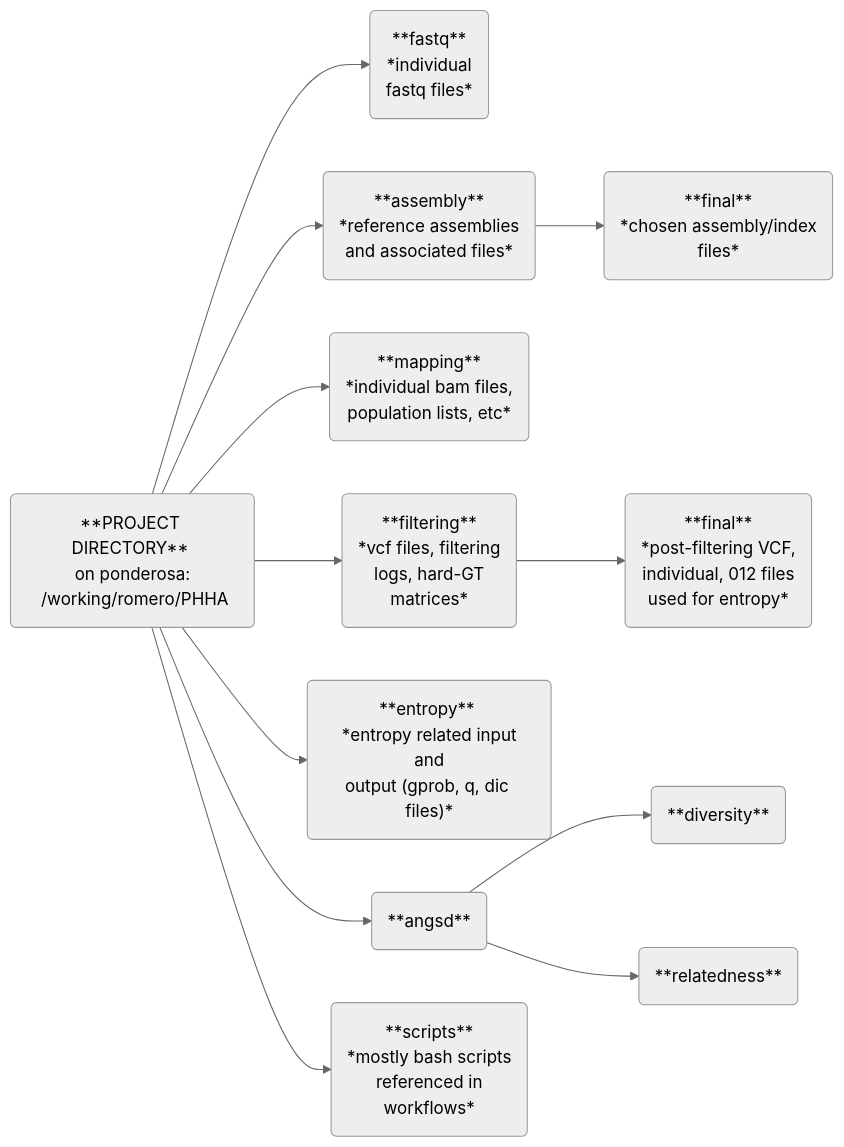
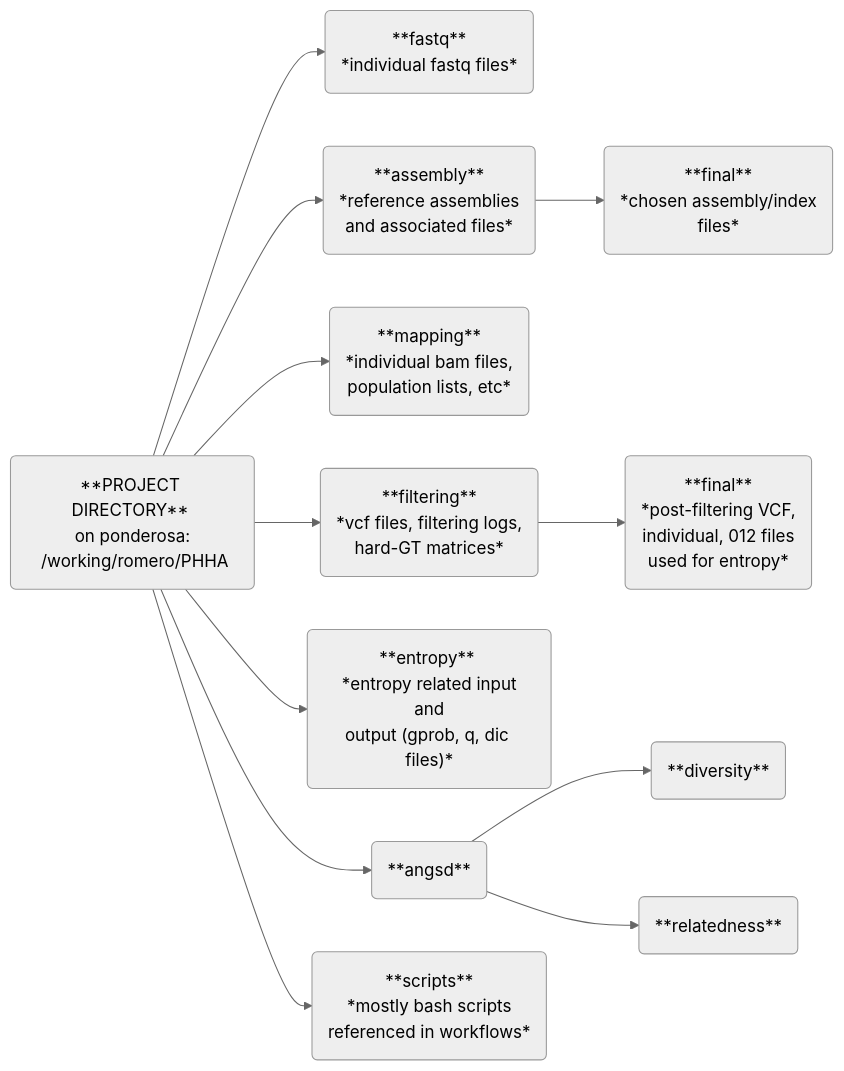
One commit to sethjromero/PHHA changed the diagram in README.md. Above: the diagram before and after it, drawn with Mermaid (neutral theme).

````diff
--- a/README.md
+++ b/README.md
@@ -9,15 +9,15 @@
 ```mermaid
 flowchart LR;
     A(**PROJECT DIRECTORY** <br> on ponderosa: <br> /working/romero/PHHA)
-    A --> B(**fastq** <br> *individual<br>fastq files*)
+    A --> B(**fastq** <br> *individual fastq files*)
     A --> C(**assembly** <br> *reference assemblies<br>and associated files*)
     A --> D(**mapping** <br> *individual bam files,<br>population lists, etc*)
-    A --> E(**filtering** <br> *vcf files, filtering<br>logs, hard-GT<br>matrices*)
+    A --> E(**filtering** <br> *vcf files, filtering logs,<br>hard-GT matrices*)
     A --> F("**entropy** <br> *entropy related input and<br>output (gprob, q, dic files)*")
     C --> G(**final** <br> *chosen assembly/index<br>files*)
     A --> H(**angsd**)
     E --> I(**final** <br> *post-filtering VCF,<br>individual, 012 files<br>used for entropy*)
-    A --> J(**scripts** <br> *mostly bash scripts<br>referenced in<br>workflows*)
+    A --> J(**scripts** <br> *mostly bash scripts<br>referenced in workflows*)
     H --> K(**diversity**)
     H --> L(**relatedness**)
 ```
````
